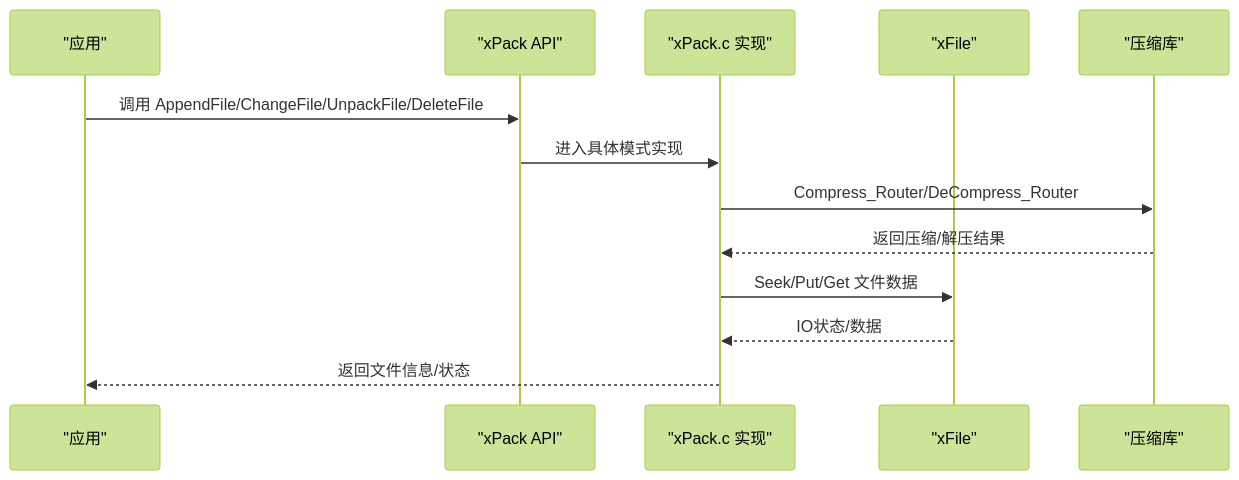
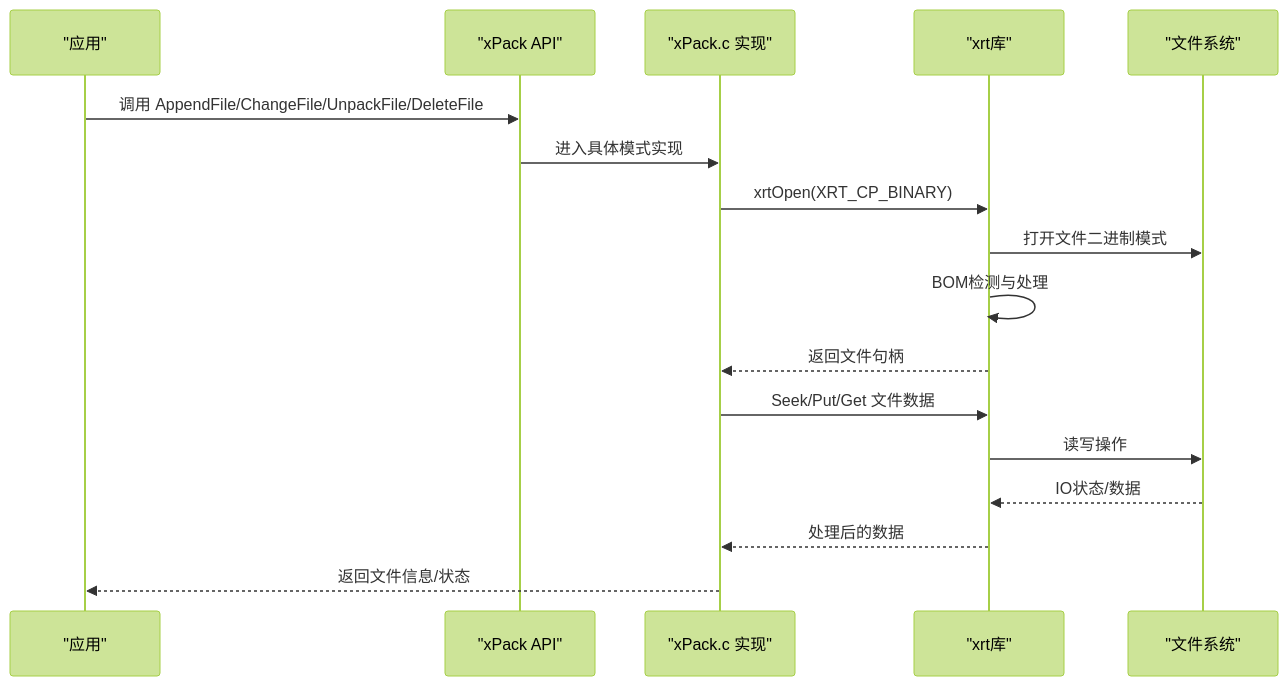
Before and after one commit to xywhsoft/xpack: the second of 4 diagrams in .qoder/repowiki/zh/content/API参考手册/文件操作API.md, drawn with Mermaid (forest theme). The commit also changed other lines of this file and 42 other files, not shown here.

````diff
--- a/.qoder/repowiki/zh/content/API参考手册/文件操作API.md
+++ b/.qoder/repowiki/zh/content/API参考手册/文件操作API.md
@@ -80,15 +103,19 @@
 ```mermaid
 sequenceDiagram
 participant App as "应用"
 participant API as "xPack API"
 participant Impl as "xPack.c 实现"
-participant IO as "xFile"
-participant Comp as "压缩库"
+participant RT as "xrt库"
+participant IO as "文件系统"
 App->>API : 调用 AppendFile/ChangeFile/UnpackFile/DeleteFile
 API->>Impl : 进入具体模式实现
-Impl->>Comp : Compress_Router/DeCompress_Router
-Comp-->>Impl : 返回压缩/解压结果
-Impl->>IO : Seek/Put/Get 文件数据
-IO-->>Impl : IO状态/数据
+Impl->>RT : xrtOpen(XRT_CP_BINARY)
+RT->>IO : 打开文件二进制模式
+RT->>RT : BOM检测与处理
+RT-->>Impl : 返回文件句柄
+Impl->>RT : Seek/Put/Get 文件数据
+RT->>IO : 读写操作
+IO-->>RT : IO状态/数据
+RT-->>Impl : 处理后的数据
 Impl-->>App : 返回文件信息/状态
 ```
````
